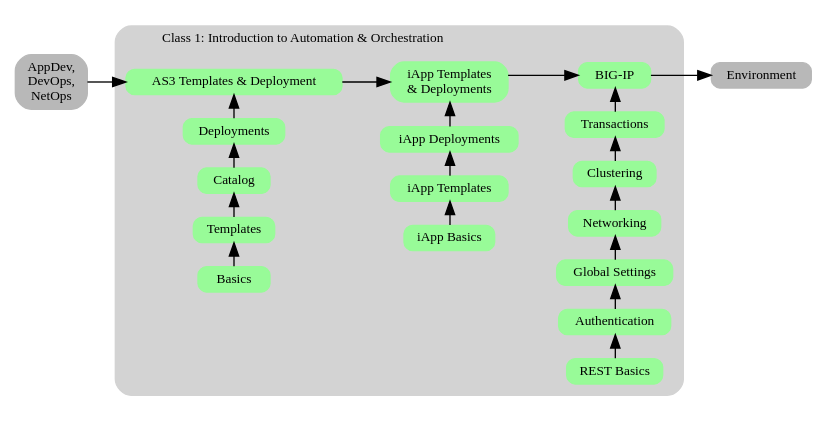
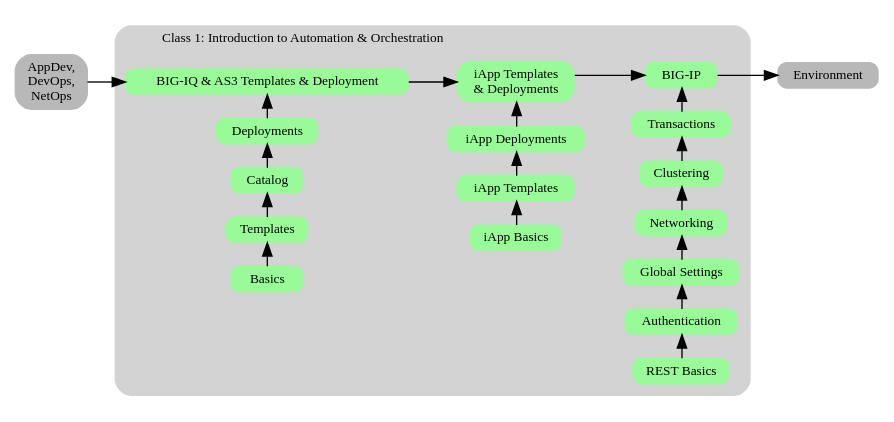
The diagram in docs/class1/conclusion.rst (f5devcentral/f5-automation-labs), drawn with Graphviz before and after one commit. The commit also changed 11 other files, not shown here.

```diff
--- a/docs/class1/conclusion.rst
+++ b/docs/class1/conclusion.rst
@@ -4,47 +4,47 @@
 .. graphviz::
 
    digraph breadcrumb {
         rankdir="LR"
         ranksep=.4
         splines=ortho
         node [fontsize=10,style="rounded,filled",shape=box,color=palegreen,margin="0.05,0.05",height=0.1]
         fontsize = 10
         labeljust="l"
         consumer [label="AppDev,&#92;nDevOps,&#92;nNetOps",color="gray72"]
         environment [label="Environment",color="gray72"]
         subgraph cluster_class1 {
             style = "rounded,filled"
             color = lightgrey
             height = .75
             label = "Class 1: Introduction to Automation & Orchestration"
             bigip [label="BIG-IP"]
             iapps [label="iApp Templates&#92;n& Deployments"]
-            iwf [label="AS3 Templates & Deployment"]
+            iwf [label="BIG-IQ & AS3 Templates & Deployment"]
             {
                 rank=same
                 rest_basics [label="REST Basics"]
                 authentication [label="Authentication"]
                 globalsettings [label="Global Settings"]
                 networking [label="Networking"]
                 clustering [label="Clustering"]
                 transactions [label="Transactions"]
                 rest_basics -> authentication -> globalsettings -> networking -> clustering -> transactions -> bigip
             }
             {
                 rank=same
                 iapp_basics [label="iApp Basics"]
                 iapp_templates [label="iApp Templates"]
                 iapp_deployments [label="iApp Deployments"]
                 iapp_basics -> iapp_templates -> iapp_deployments -> iapps
             }
             {
                 rank=same
                 onboarding [label="Basics"]
                 templates [label="Templates"]
                 catalog [label="Catalog"]
                 deployments [label="Deployments"]
                 onboarding -> templates -> catalog -> deployments -> iwf
             }
         }
         consumer -> iwf -> iapps -> bigip -> environment
    }
```
